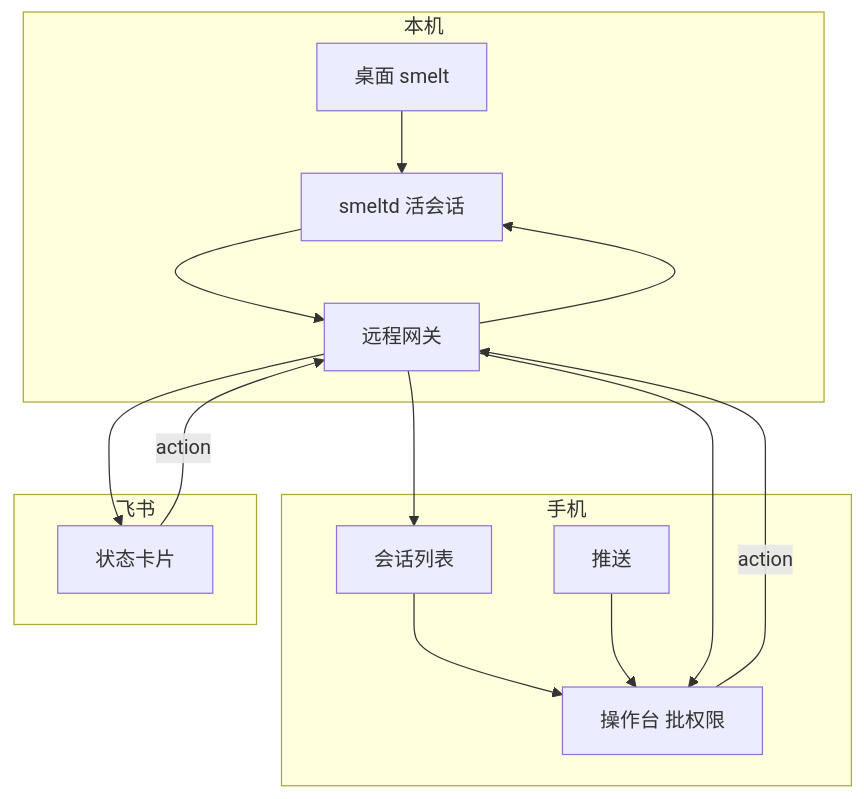
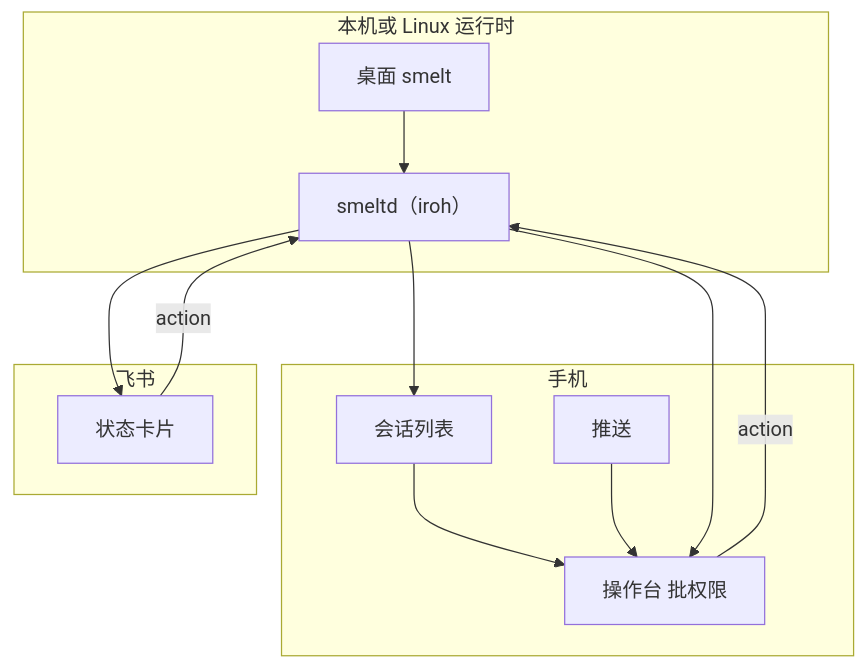
Before and after one commit to smelt-ai/smelt: the seventh of 7 diagrams in docs/product-roadmap.md, drawn with Mermaid. The commit also changed other lines of this file and 25 other files, not shown here.

````diff
--- a/docs/product-roadmap.md
+++ b/docs/product-roadmap.md
@@ -248,29 +251,26 @@
 ```mermaid
 flowchart TB
-  subgraph local["本机"]
+  subgraph local["本机或 Linux 运行时"]
     GUI["桌面 smelt"]
-    Daemon["smeltd 活会话"]
-    GW["远程网关"]
+    Daemon["smeltd（iroh）"]
     GUI --> Daemon
-    Daemon --> GW
   end
 
   subgraph mobile["手机"]
     List["会话列表"]
     Console["操作台 批权限"]
     Push["推送"]
     List --> Console
     Push --> Console
   end
 
   subgraph im["飞书"]
     Card["状态卡片"]
   end
 
-  GW --> List
-  GW --> Console
-  GW --> Card
-  Console -->|action| GW
-  Card -->|action| GW
-  GW --> Daemon
+  Daemon --> List
+  Daemon --> Console
+  Daemon --> Card
+  Console -->|action| Daemon
+  Card -->|action| Daemon
 ```
````
